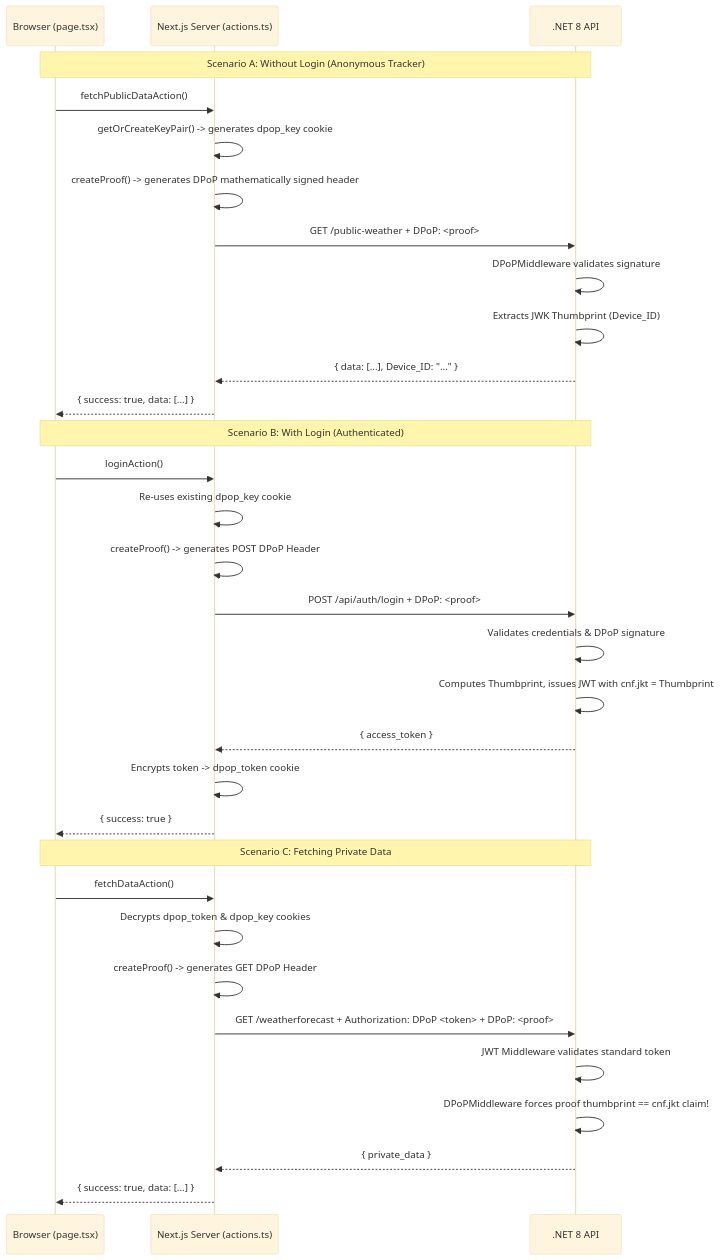
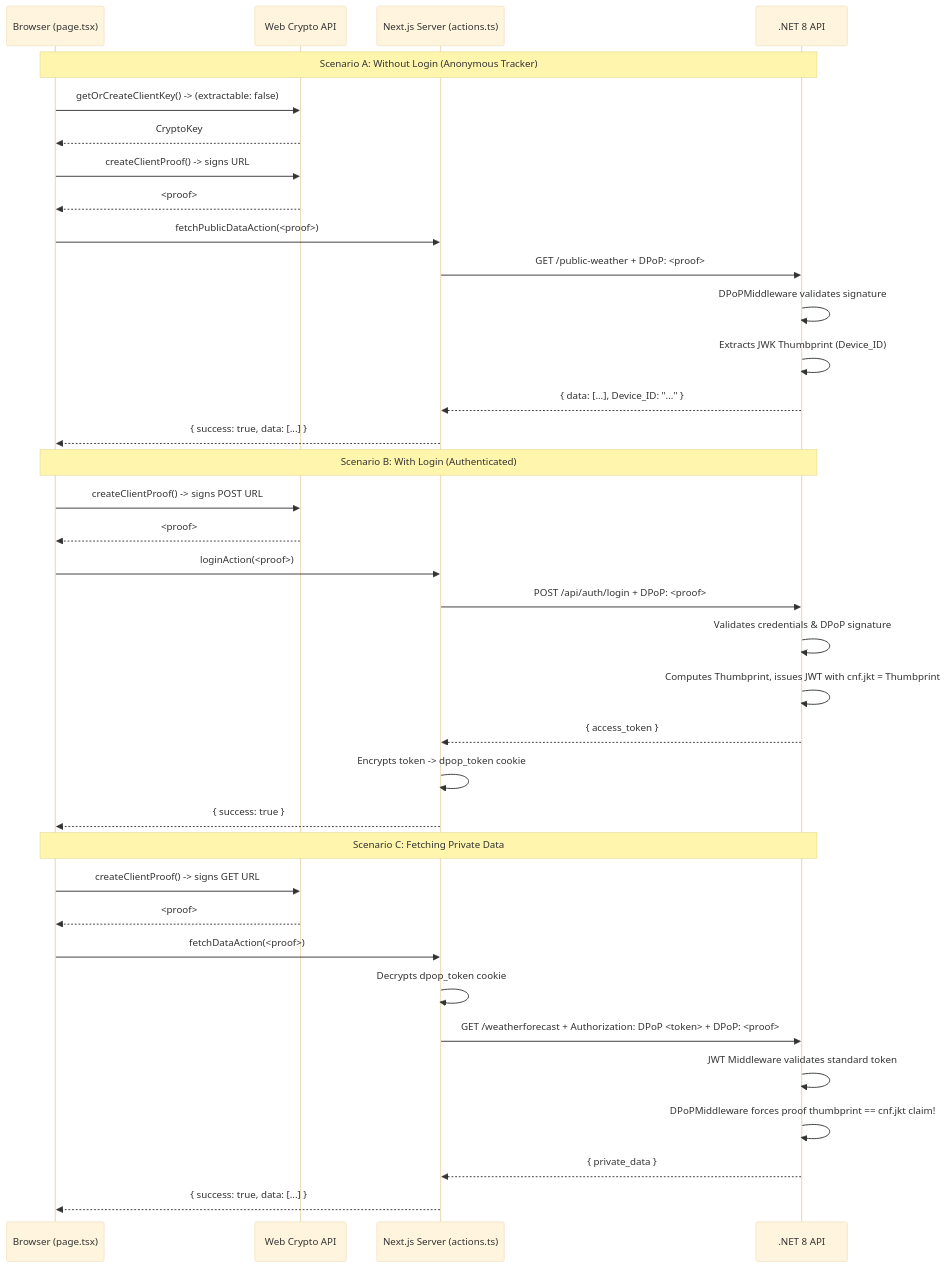
Before and after one commit to pawan1107/DPoP-Security: the diagram in walkthrough.md, drawn with Mermaid (base theme). The commit also changed other lines of this file and 123 other files, not shown here.

````diff
--- a/walkthrough.md
+++ b/walkthrough.md
@@ -13,37 +13,41 @@
 ```mermaid
 sequenceDiagram
     participant Browser as Browser (page.tsx)
+    participant Crypto as Web Crypto API
     participant BFF as Next.js Server (actions.ts)
     participant API as .NET 8 API
 
     Note over Browser, API: Scenario A: Without Login (Anonymous Tracker)
-    Browser->>BFF: fetchPublicDataAction()
-    BFF->>BFF: getOrCreateKeyPair() -> generates dpop_key cookie
-    BFF->>BFF: createProof() -> generates DPoP mathematically signed header
+    Browser->>Crypto: getOrCreateClientKey() -> (extractable: false)
+    Crypto-->>Browser: CryptoKey
+    Browser->>Crypto: createClientProof() -> signs URL
+    Crypto-->>Browser: <proof>
+    Browser->>BFF: fetchPublicDataAction(<proof>)
     BFF->>API: GET /public-weather + DPoP: <proof>
     API->>API: DPoPMiddleware validates signature
     API->>API: Extracts JWK Thumbprint (Device_ID)
     API-->>BFF: { data: [...], Device_ID: "..." }
     BFF-->>Browser: { success: true, data: [...] }
 
     Note over Browser, API: Scenario B: With Login (Authenticated)
-    Browser->>BFF: loginAction()
-    BFF->>BFF: Re-uses existing dpop_key cookie
-    BFF->>BFF: createProof() -> generates POST DPoP Header
+    Browser->>Crypto: createClientProof() -> signs POST URL
+    Crypto-->>Browser: <proof>
+    Browser->>BFF: loginAction(<proof>)
     BFF->>API: POST /api/auth/login + DPoP: <proof>
     API->>API: Validates credentials & DPoP signature
     API->>API: Computes Thumbprint, issues JWT with cnf.jkt = Thumbprint
     API-->>BFF: { access_token }
     BFF->>BFF: Encrypts token -> dpop_token cookie
     BFF-->>Browser: { success: true }
 
     Note over Browser, API: Scenario C: Fetching Private Data
-    Browser->>BFF: fetchDataAction()
-    BFF->>BFF: Decrypts dpop_token & dpop_key cookies
-    BFF->>BFF: createProof() -> generates GET DPoP Header
+    Browser->>Crypto: createClientProof() -> signs GET URL
+    Crypto-->>Browser: <proof>
+    Browser->>BFF: fetchDataAction(<proof>)
+    BFF->>BFF: Decrypts dpop_token cookie
     BFF->>API: GET /weatherforecast + Authorization: DPoP <token> + DPoP: <proof>
     API->>API: JWT Middleware validates standard token
     API->>API: DPoPMiddleware forces proof thumbprint == cnf.jkt claim!
     API-->>BFF: { private_data }
     BFF-->>Browser: { success: true, data: [...] }
 ```
````
